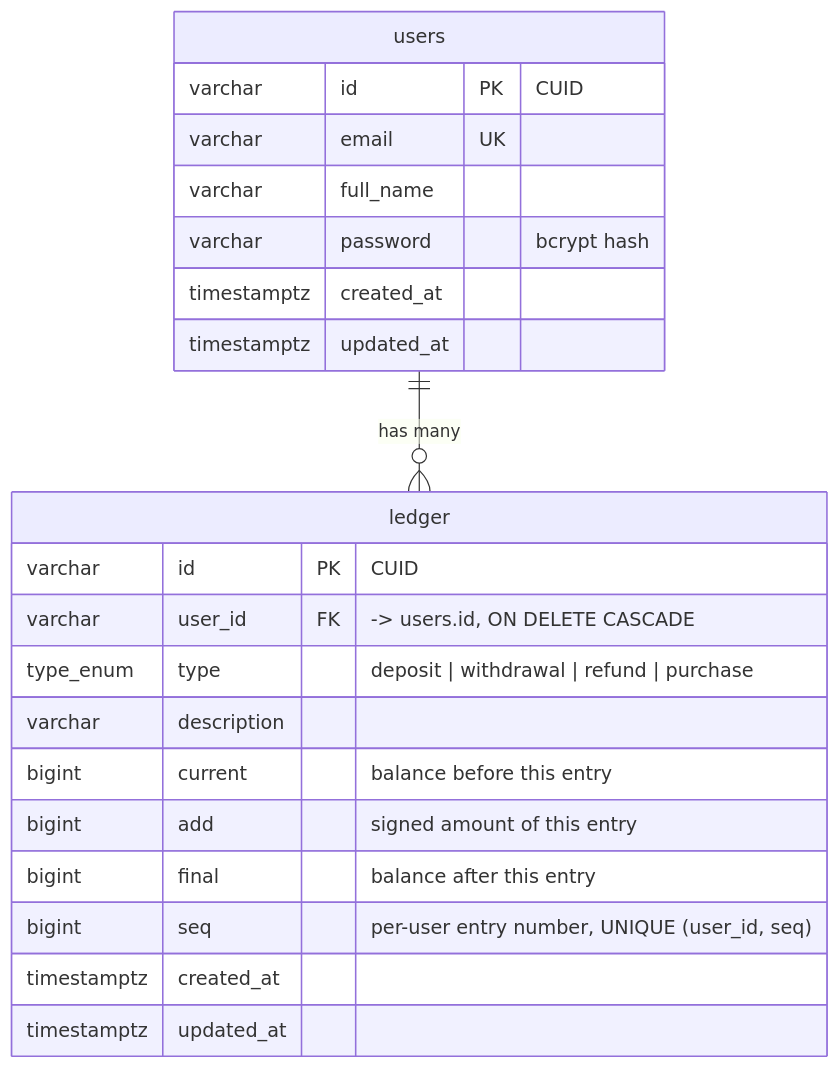
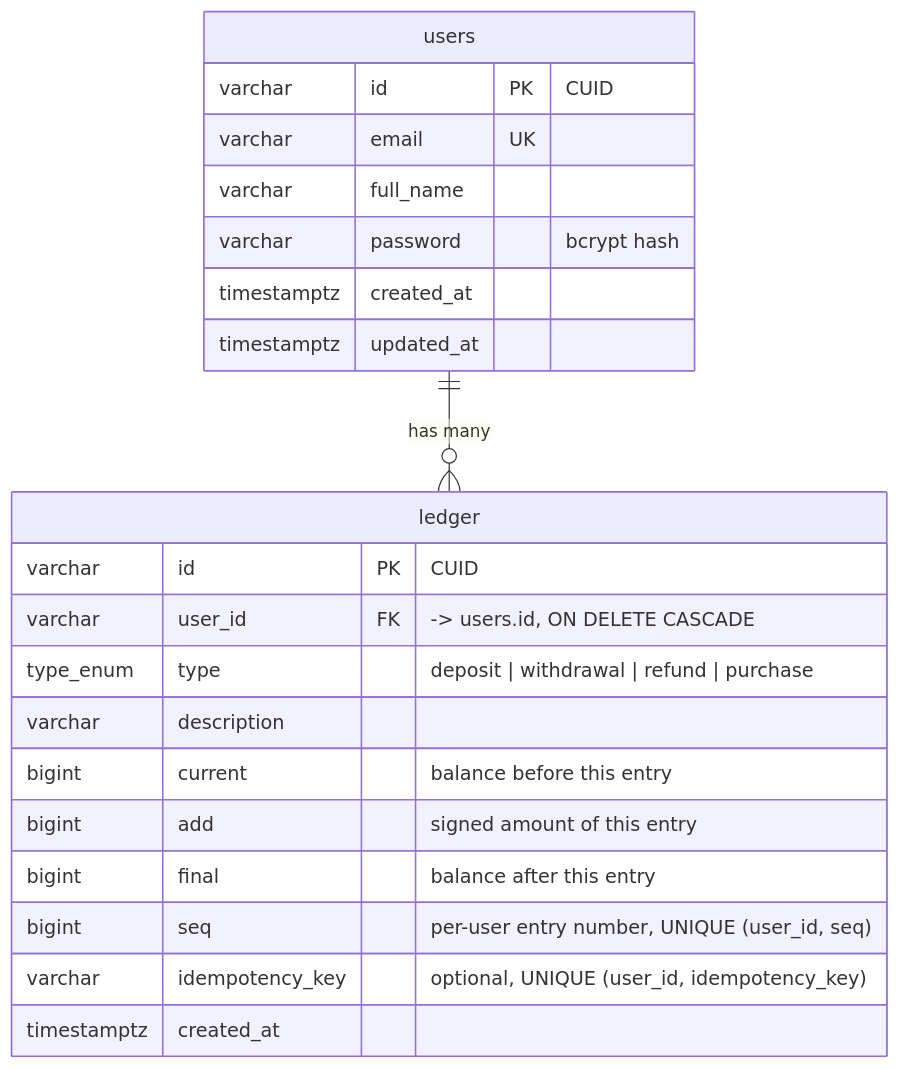
Before and after one commit to YungBenn/balance-ledger-database-design: the first of 2 diagrams in README.md, drawn with Mermaid. The commit also changed other lines of this file and 11 other files, not shown here.

````diff
--- a/README.md
+++ b/README.md
@@ -27,26 +27,26 @@
 ```mermaid
 erDiagram
     users ||--o{ ledger : "has many"
 
     users {
         varchar id PK "CUID"
         varchar email UK
         varchar full_name
         varchar password "bcrypt hash"
         timestamptz created_at
         timestamptz updated_at
     }
 
     ledger {
         varchar id PK "CUID"
         varchar user_id FK "-> users.id, ON DELETE CASCADE"
         type_enum type "deposit | withdrawal | refund | purchase"
         varchar description
         bigint current "balance before this entry"
         bigint add "signed amount of this entry"
         bigint final "balance after this entry"
         bigint seq "per-user entry number, UNIQUE (user_id, seq)"
+        varchar idempotency_key "optional, UNIQUE (user_id, idempotency_key)"
         timestamptz created_at
-        timestamptz updated_at
     }
 ```
````
